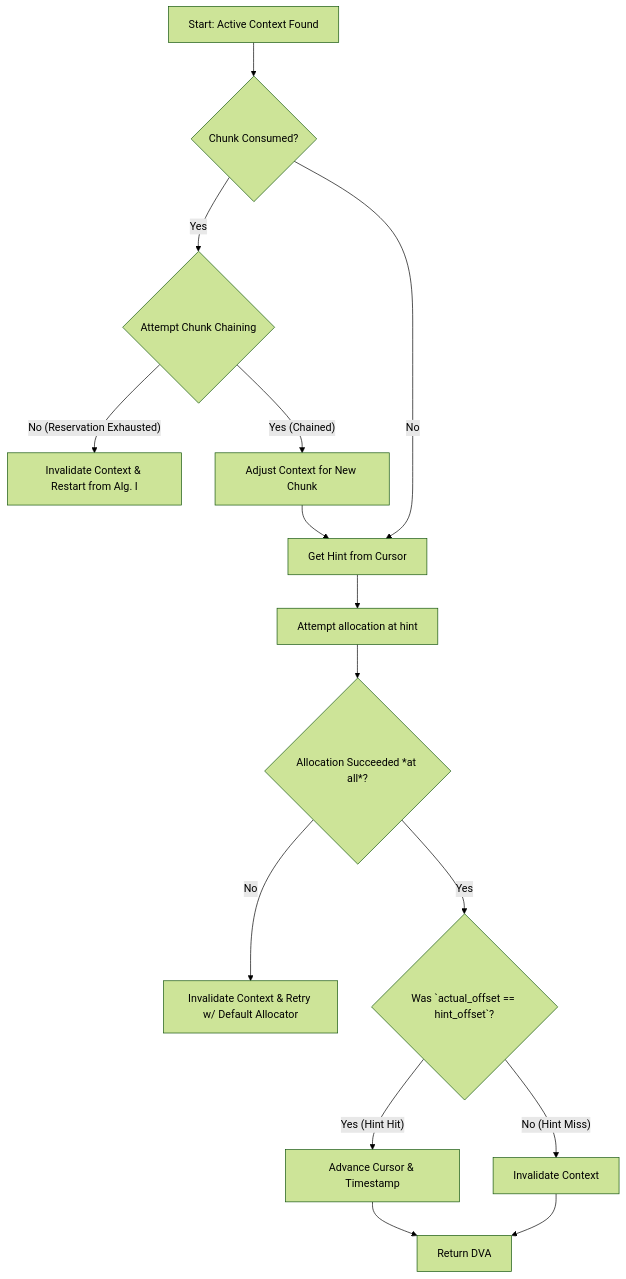
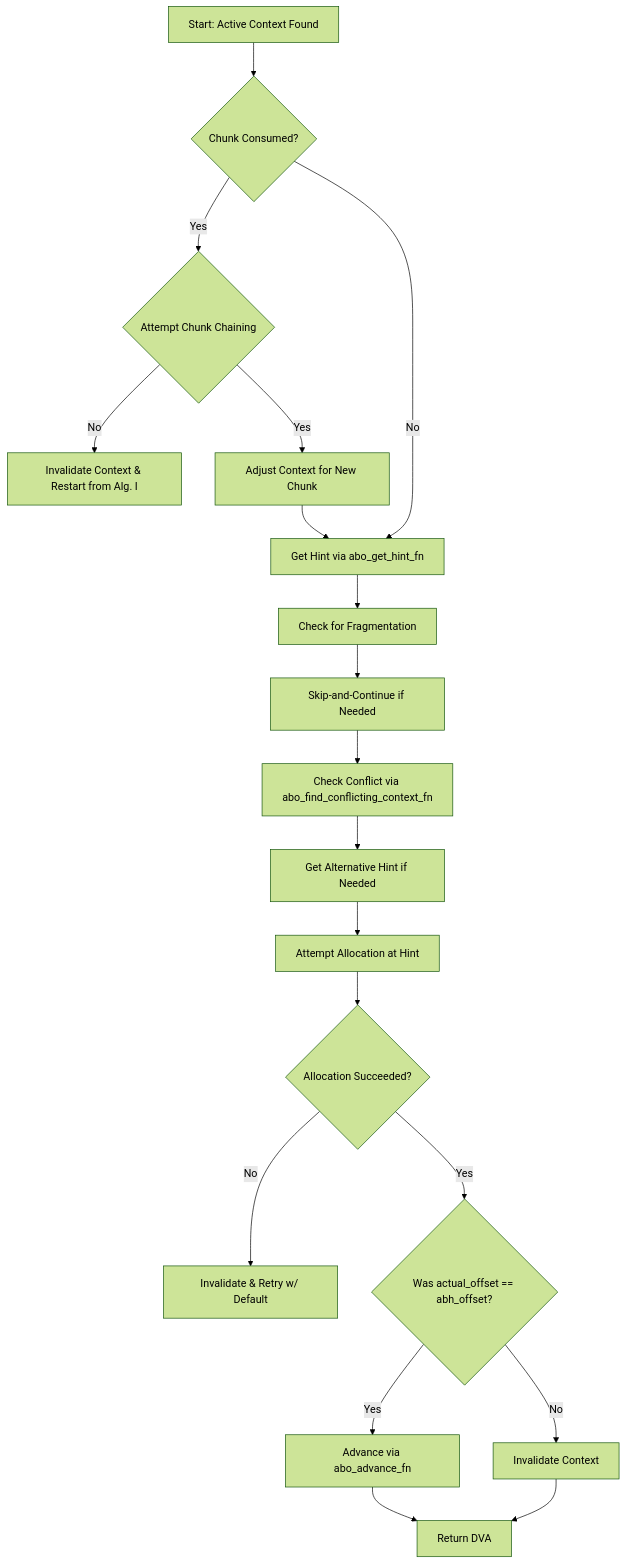
One commit to arg7/zfs-fuse changed the third of 5 diagrams in src/spec.md. Above: the diagram before and after it, drawn with Mermaid (forest theme). The commit also changed other lines of this file and 2 other files, not shown here.

````diff
--- a/src/spec.md
+++ b/src/spec.md
@@ -288,24 +256,28 @@
 ```mermaid
 graph TD
     A[Start: Active Context Found] --> B{Chunk Consumed?};
     B -- Yes --> C{Attempt Chunk Chaining};
     
-    C -- No (Reservation Exhausted) --> Invalidate_and_Restart[Invalidate Context & Restart from Alg. I];
-    C -- Yes (Chained) --> Adjust_Context[Adjust Context for New Chunk];
-    Adjust_Context --> D[Get Hint from Cursor];
+    C -- No --> Invalidate_and_Restart[Invalidate Context & Restart from Alg. I];
+    C -- Yes --> Adjust_Context[Adjust Context for New Chunk];
+    Adjust_Context --> D[Get Hint via abo_get_hint_fn];
 
     B -- No --> D;
 
-    D --> E[Attempt allocation at hint];
-    E --> F{Allocation Succeeded *at all*?};
+    D --> E[Check for Fragmentation];
+    E --> F[Skip-and-Continue if Needed];
+    F --> G[Check Conflict via abo_find_conflicting_context_fn];
+    G --> H[Get Alternative Hint if Needed];
+    H --> I[Attempt Allocation at Hint];
+    I --> J{Allocation Succeeded?};
     
-    F -- No --> Invalidate_and_Retry_Default[Invalidate Context & Retry w/ Default Allocator];
+    J -- No --> Invalidate_and_Retry_Default[Invalidate & Retry w/ Default];
     
-    F -- Yes --> G{Was `actual_offset == hint_offset`?};
+    J -- Yes --> K{Was actual_offset == abh_offset?};
     
-    G -- Yes (Hint Hit) --> H[Advance Cursor & Timestamp];
-    H --> I[Return DVA];
+    K -- Yes --> L[Advance via abo_advance_fn];
+    L --> M[Return DVA];
 
-    G -- No (Hint Miss) --> Invalidate_and_Succeed[Invalidate Context];
-    Invalidate_and_Succeed --> I;
+    K -- No --> Invalidate_and_Succeed[Invalidate Context];
+    Invalidate_and_Succeed --> M;
 ```
````
